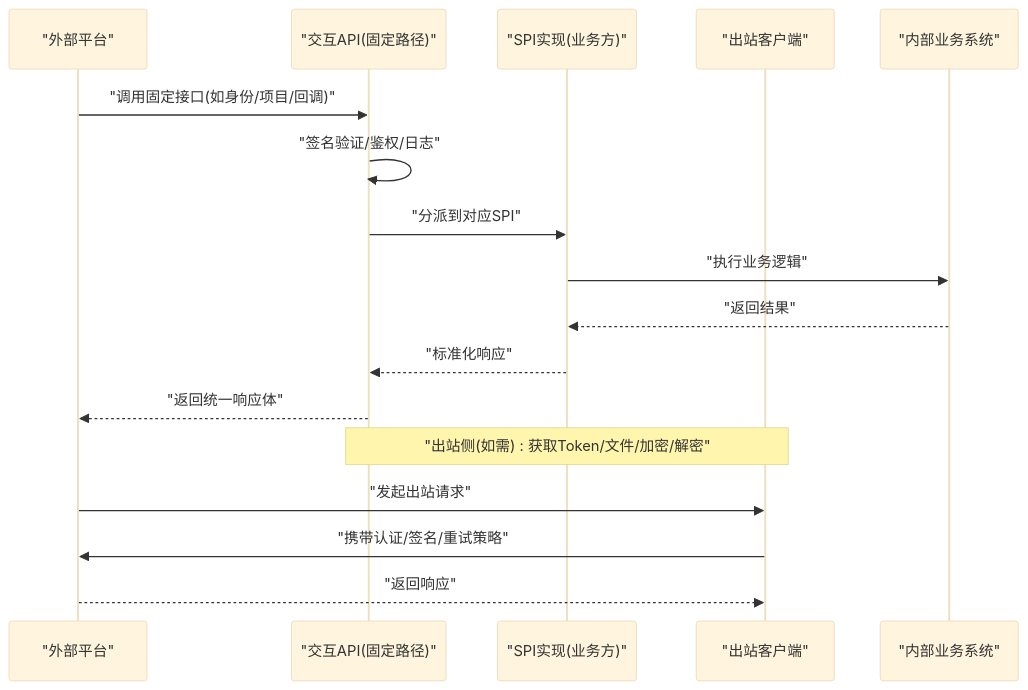
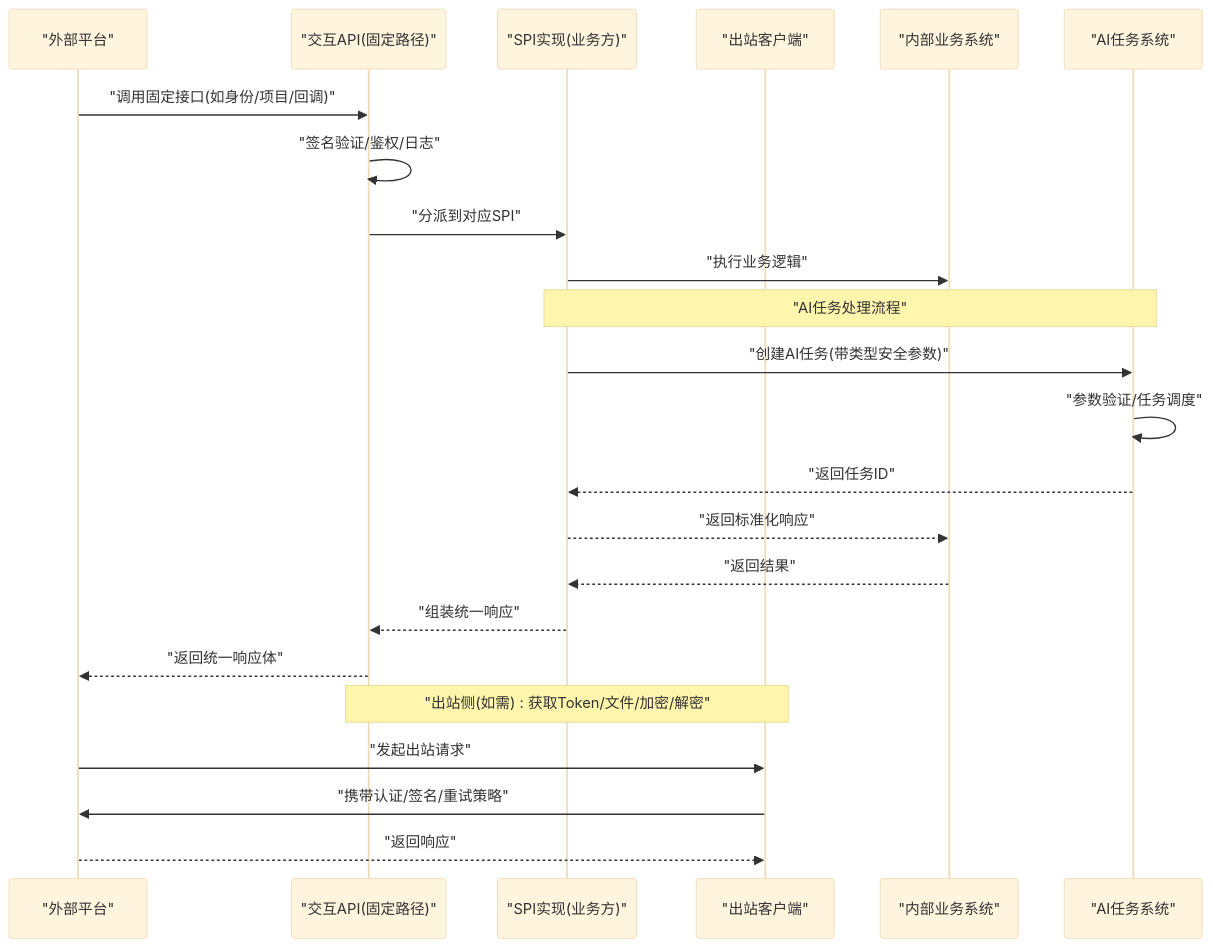
The third of 7 diagrams in .qoder/repowiki/zh/content/后端服务/交互服务 (ele-ai-tender-interaction)/交互服务 (ele-ai-tender-interaction).md (DrunkFood/First), drawn with Mermaid (base theme) before and after one commit. The commit also changed other lines of this file and 69 other files, not shown here.

````diff
--- a/.qoder/repowiki/zh/content/后端服务/交互服务 (ele-ai-tender-interaction)/交互服务 (ele-ai-tender-interaction).md
+++ b/.qoder/repowiki/zh/content/后端服务/交互服务 (ele-ai-tender-interaction)/交互服务 (ele-ai-tender-interaction).md
@@ -97,19 +219,25 @@
 ```mermaid
 sequenceDiagram
 participant Ext as "外部平台"
 participant API as "交互API(固定路径)"
 participant SPI as "SPI实现(业务方)"
 participant Client as "出站客户端"
 participant Biz as "内部业务系统"
+participant AI as "AI任务系统"
 Ext->>API : "调用固定接口(如身份/项目/回调)"
 API->>API : "签名验证/鉴权/日志"
 API->>SPI : "分派到对应SPI"
 SPI->>Biz : "执行业务逻辑"
+Note over SPI,AI : "AI任务处理流程"
+SPI->>AI : "创建AI任务(带类型安全参数)"
+AI->>AI : "参数验证/任务调度"
+AI-->>SPI : "返回任务ID"
+SPI-->>Biz : "返回标准化响应"
 Biz-->>SPI : "返回结果"
-SPI-->>API : "标准化响应"
+SPI-->>API : "组装统一响应"
 API-->>Ext : "返回统一响应体"
 Note over API,Client : "出站侧(如需) : 获取Token/文件/加密/解密"
 Ext->>Client : "发起出站请求"
 Client->>Ext : "携带认证/签名/重试策略"
 Ext-->>Client : "返回响应"
 ```
````
